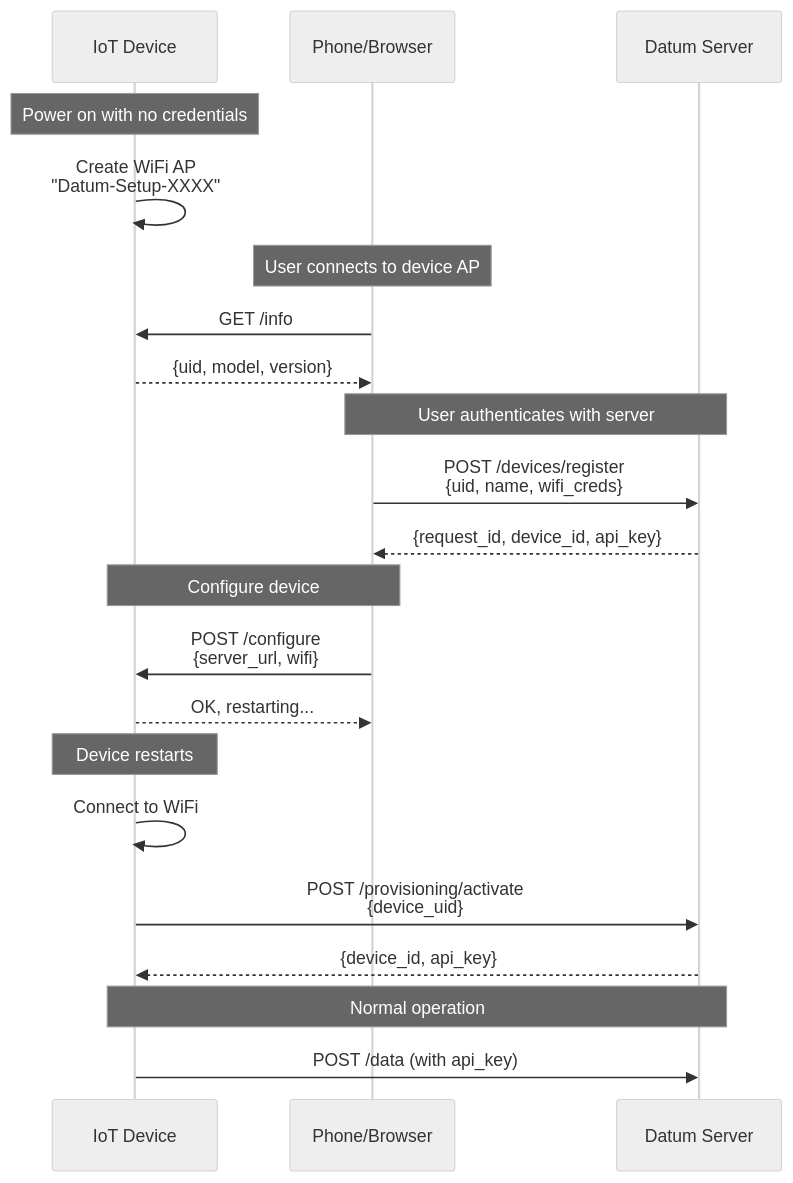
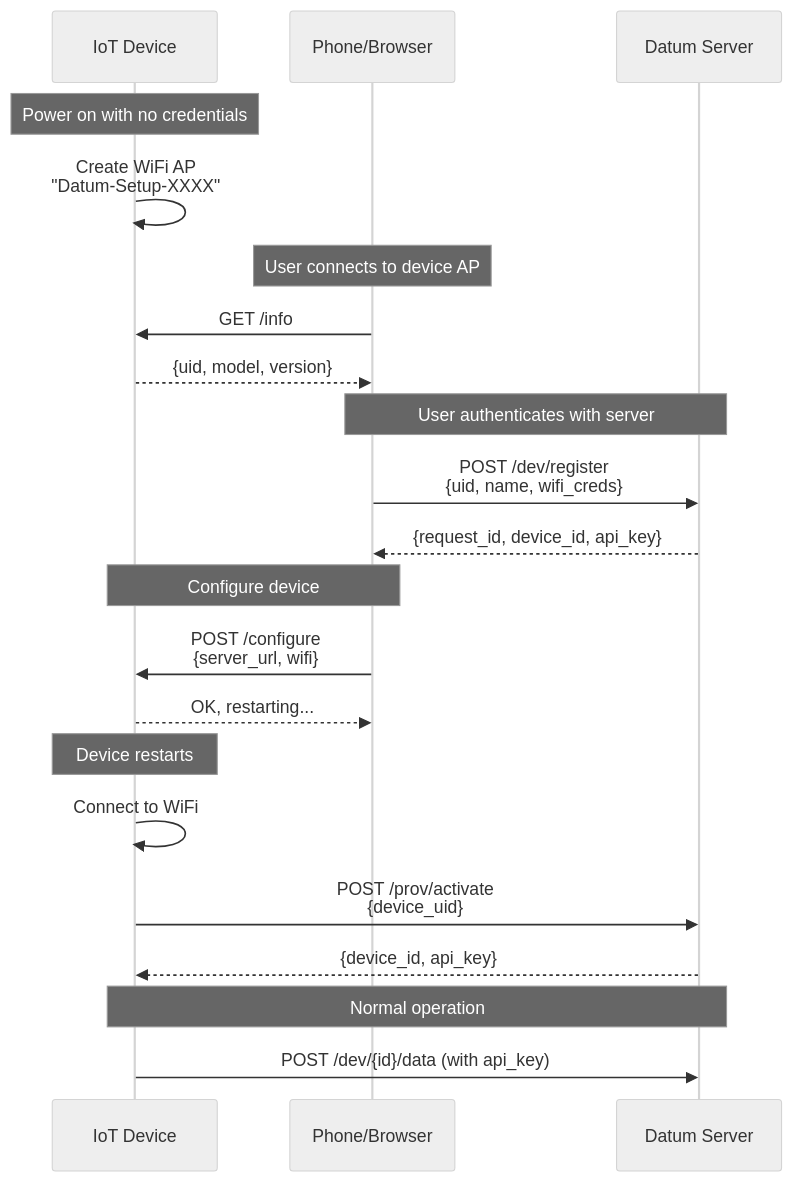
Before and after one commit to tevfik/datum-server: the diagram in docs/guides/WIFI_PROVISIONING.md, drawn with Mermaid (neutral theme). The commit also changed other lines of this file and 61 other files, not shown here.

````diff
--- a/docs/guides/WIFI_PROVISIONING.md
+++ b/docs/guides/WIFI_PROVISIONING.md
@@ -19,29 +19,29 @@
 ```mermaid
 sequenceDiagram
     participant D as IoT Device
     participant P as Phone/Browser
     participant S as Datum Server
 
     Note over D: Power on with no credentials
     D->>D: Create WiFi AP<br/>"Datum-Setup-XXXX"
     
     Note over P: User connects to device AP
     P->>D: GET /info
     D-->>P: {uid, model, version}
     
     Note over P,S: User authenticates with server
-    P->>S: POST /devices/register<br/>{uid, name, wifi_creds}
+    P->>S: POST /dev/register<br/>{uid, name, wifi_creds}
     S-->>P: {request_id, device_id, api_key}
     
     Note over P,D: Configure device
     P->>D: POST /configure<br/>{server_url, wifi}
     D-->>P: OK, restarting...
     
     Note over D: Device restarts
     D->>D: Connect to WiFi
-    D->>S: POST /provisioning/activate<br/>{device_uid}
+    D->>S: POST /prov/activate<br/>{device_uid}
     S-->>D: {device_id, api_key}
     
     Note over D,S: Normal operation
-    D->>S: POST /data (with api_key)
+    D->>S: POST /dev/{id}/data (with api_key)
 ```
````
